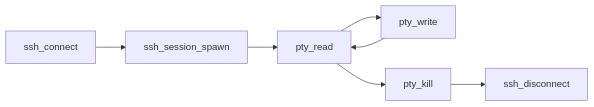
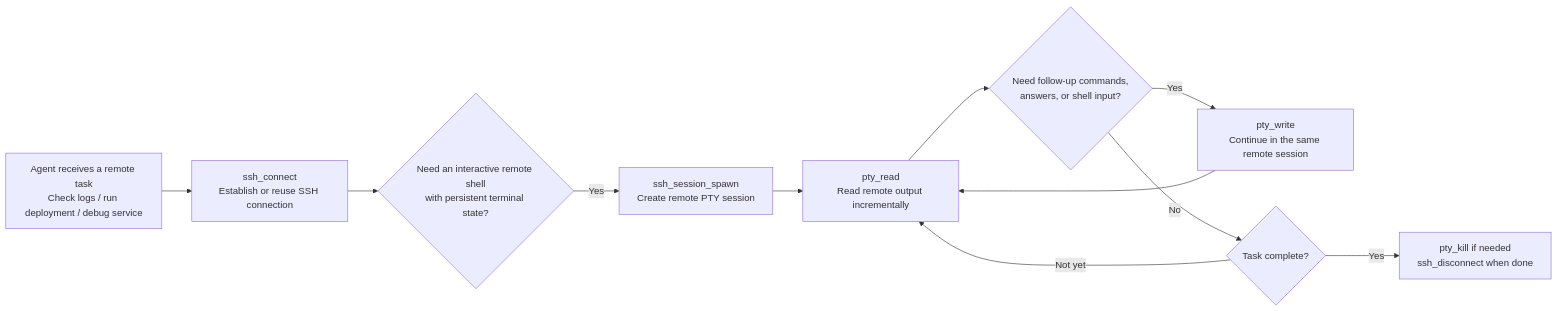
The second of 3 diagrams in README.md (conql/pty-mcp), drawn with Mermaid before and after one commit. The commit also changed other lines of this file, not shown here.

Commit message:
Rewrite README workflows from the agent perspective

````diff
--- a/README.md
+++ b/README.md
@@ -67,9 +74,13 @@
 ```mermaid
 flowchart LR
-    A["ssh_connect"] --> B["ssh_session_spawn"]
-    B --> C["pty_read"]
-    C --> D["pty_write"]
-    D --> C
-    C --> E["pty_kill"]
-    E --> F["ssh_disconnect"]
+    A["Agent receives a remote task<br/>Check logs / run deployment / debug service"] --> B["ssh_connect<br/>Establish or reuse SSH connection"]
+    B --> C{"Need an interactive remote shell<br/>with persistent terminal state?"}
+    C -- "Yes" --> D["ssh_session_spawn<br/>Create remote PTY session"]
+    D --> E["pty_read<br/>Read remote output incrementally"]
+    E --> F{"Need follow-up commands,<br/>answers, or shell input?"}
+    F -- "Yes" --> G["pty_write<br/>Continue in the same remote session"]
+    G --> E
+    F -- "No" --> H{"Task complete?"}
+    H -- "Not yet" --> E
+    H -- "Yes" --> I["pty_kill if needed<br/>ssh_disconnect when done"]
 ```
````
